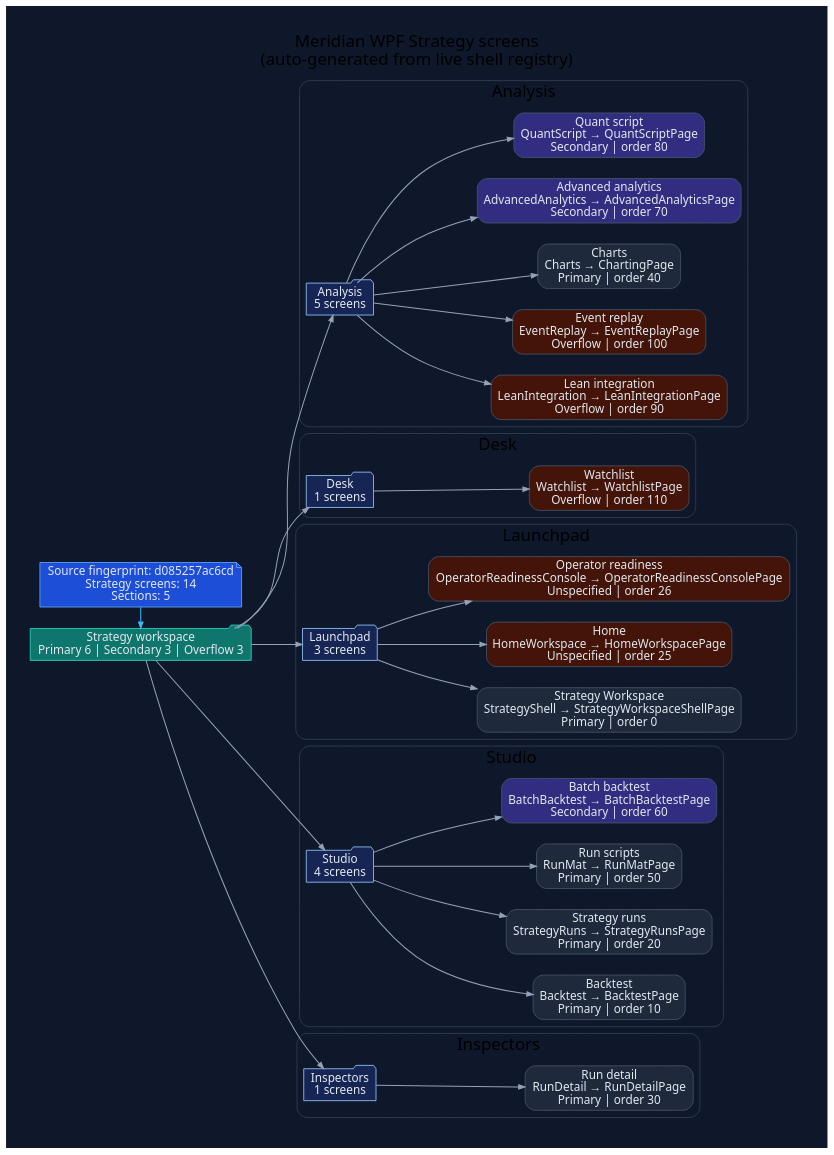
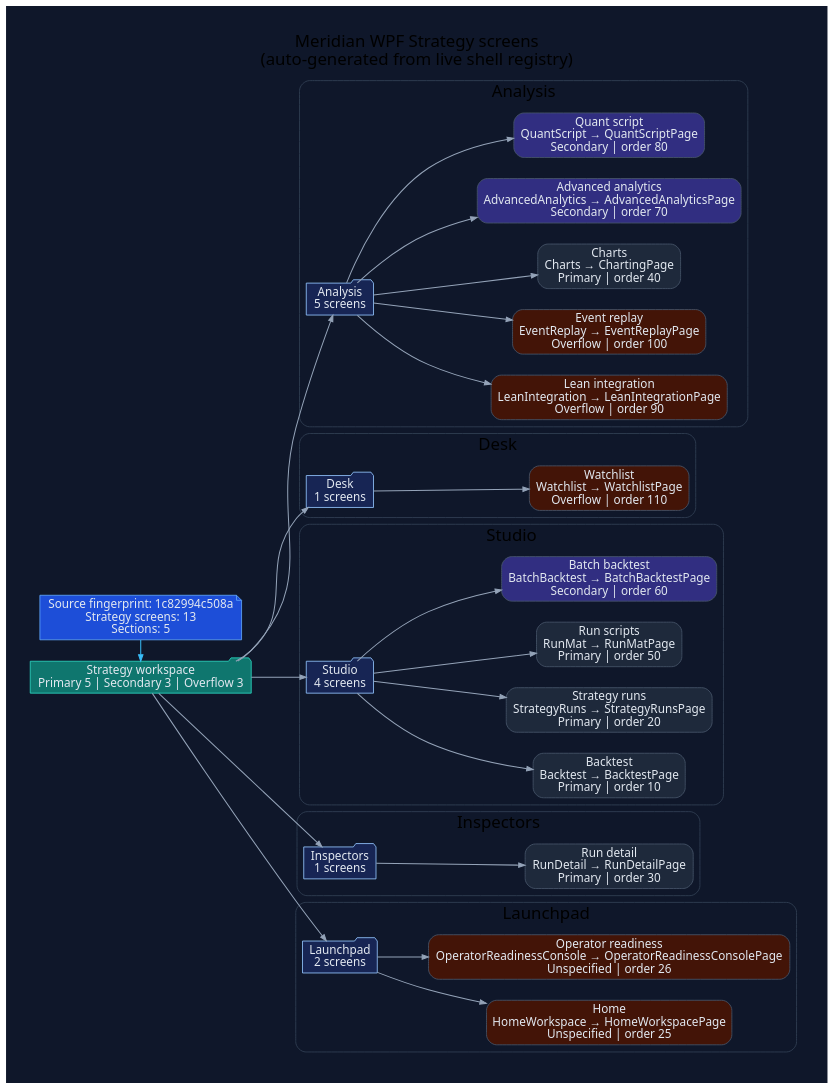
Before and after one commit to rodoHasArrived/Meridian-main: the diagram in docs/diagrams/ui-wpf-screens-strategy.dot, drawn with Graphviz. The commit also changed 50 other files, not shown here.

```diff
--- a/docs/diagrams/ui-wpf-screens-strategy.dot
+++ b/docs/diagrams/ui-wpf-screens-strategy.dot
@@ -1,94 +1,92 @@
 // -----------------------------------------------------------------------------
 // <auto-generated>
 // Generated by scripts/generate-diagrams.mjs.
 // Do not edit this file directly; update the WPF source files instead.
 // -----------------------------------------------------------------------------
 digraph WpfStrategyScreens {
   graph [
     rankdir=LR,
     labelloc=t,
     label="Meridian WPF Strategy screens\n(auto-generated from live shell registry)",
     fontname="Segoe UI",
     fontsize=20,
     pad=0.4,
     nodesep=0.35,
     ranksep=0.85,
     bgcolor="#0f172a"
   ];
   node [fontname="Segoe UI", shape=box, style="rounded,filled", color="#475569", fontcolor="#e2e8f0", fillcolor="#1e293b"];
   edge [fontname="Segoe UI", color="#94a3b8", penwidth=1.2, arrowsize=0.75];
 
-  generated [shape=note, fillcolor="#1d4ed8", color="#60a5fa", label="Source fingerprint: d085257ac6cd\nStrategy screens: 14\nSections: 5"];
-  workspace [shape=folder, fillcolor="#0f766e", color="#2dd4bf", label="Strategy workspace\nPrimary 6 | Secondary 3 | Overflow 3"];
+  generated [shape=note, fillcolor="#1d4ed8", color="#60a5fa", label="Source fingerprint: 1c82994c508a\nStrategy screens: 13\nSections: 5"];
+  workspace [shape=folder, fillcolor="#0f766e", color="#2dd4bf", label="Strategy workspace\nPrimary 5 | Secondary 3 | Overflow 3"];
   generated -> workspace [color="#38bdf8"];
 
   subgraph cluster_section_1 {
     label="Analysis";
     color="#334155";
     style="rounded";
     section_1 [shape=folder, fillcolor="#172554", color="#93c5fd", label="Analysis\n5 screens"];
     workspace -> section_1;
     screen_LeanIntegration [fillcolor="#431407", label="Lean integration\nLeanIntegration → LeanIntegrationPage\nOverflow | order 90"];
     section_1 -> screen_LeanIntegration;
     screen_EventReplay [fillcolor="#431407", label="Event replay\nEventReplay → EventReplayPage\nOverflow | order 100"];
     section_1 -> screen_EventReplay;
     screen_Charts [fillcolor="#1e293b", label="Charts\nCharts → ChartingPage\nPrimary | order 40"];
     section_1 -> screen_Charts;
     screen_AdvancedAnalytics [fillcolor="#312e81", label="Advanced analytics\nAdvancedAnalytics → AdvancedAnalyticsPage\nSecondary | order 70"];
     section_1 -> screen_AdvancedAnalytics;
     screen_QuantScript [fillcolor="#312e81", label="Quant script\nQuantScript → QuantScriptPage\nSecondary | order 80"];
     section_1 -> screen_QuantScript;
   }
 
   subgraph cluster_section_2 {
     label="Desk";
     color="#334155";
     style="rounded";
     section_2 [shape=folder, fillcolor="#172554", color="#93c5fd", label="Desk\n1 screens"];
     workspace -> section_2;
     screen_Watchlist [fillcolor="#431407", label="Watchlist\nWatchlist → WatchlistPage\nOverflow | order 110"];
     section_2 -> screen_Watchlist;
   }
 
   subgraph cluster_section_3 {
+    label="Studio";
+    color="#334155";
+    style="rounded";
+    section_3 [shape=folder, fillcolor="#172554", color="#93c5fd", label="Studio\n4 screens"];
+    workspace -> section_3;
+    screen_Backtest [fillcolor="#1e293b", label="Backtest\nBacktest → BacktestPage\nPrimary | order 10"];
+    section_3 -> screen_Backtest;
+    screen_StrategyRuns [fillcolor="#1e293b", label="Strategy runs\nStrategyRuns → StrategyRunsPage\nPrimary | order 20"];
+    section_3 -> screen_StrategyRuns;
+    screen_RunMat [fillcolor="#1e293b", label="Run scripts\nRunMat → RunMatPage\nPrimary | order 50"];
+    section_3 -> screen_RunMat;
+    screen_BatchBacktest [fillcolor="#312e81", label="Batch backtest\nBatchBacktest → BatchBacktestPage\nSecondary | order 60"];
+    section_3 -> screen_BatchBacktest;
+  }
+
+  subgraph cluster_section_4 {
+    label="Inspectors";
+    color="#334155";
+    style="rounded";
+    section_4 [shape=folder, fillcolor="#172554", color="#93c5fd", label="Inspectors\n1 screens"];
+    workspace -> section_4;
+    screen_RunDetail [fillcolor="#1e293b", label="Run detail\nRunDetail → RunDetailPage\nPrimary | order 30"];
+    section_4 -> screen_RunDetail;
+  }
+
+  subgraph cluster_section_5 {
     label="Launchpad";
     color="#334155";
     style="rounded";
-    section_3 [shape=folder, fillcolor="#172554", color="#93c5fd", label="Launchpad\n3 screens"];
-    workspace -> section_3;
-    screen_StrategyShell [fillcolor="#1e293b", label="Strategy Workspace\nStrategyShell → StrategyWorkspaceShellPage\nPrimary | order 0"];
-    section_3 -> screen_StrategyShell;
+    section_5 [shape=folder, fillcolor="#172554", color="#93c5fd", label="Launchpad\n2 screens"];
+    workspace -> section_5;
     screen_HomeWorkspace [fillcolor="#431407", label="Home\nHomeWorkspace → HomeWorkspacePage\nUnspecified | order 25"];
-    section_3 -> screen_HomeWorkspace;
+    section_5 -> screen_HomeWorkspace;
     screen_OperatorReadinessConsole [fillcolor="#431407", label="Operator readiness\nOperatorReadinessConsole → OperatorReadinessConsolePage\nUnspecified | order 26"];
-    section_3 -> screen_OperatorReadinessConsole;
-  }
-
-  subgraph cluster_section_4 {
-    label="Studio";
-    color="#334155";
-    style="rounded";
-    section_4 [shape=folder, fillcolor="#172554", color="#93c5fd", label="Studio\n4 screens"];
-    workspace -> section_4;
-    screen_Backtest [fillcolor="#1e293b", label="Backtest\nBacktest → BacktestPage\nPrimary | order 10"];
-    section_4 -> screen_Backtest;
-    screen_StrategyRuns [fillcolor="#1e293b", label="Strategy runs\nStrategyRuns → StrategyRunsPage\nPrimary | order 20"];
-    section_4 -> screen_StrategyRuns;
-    screen_RunMat [fillcolor="#1e293b", label="Run scripts\nRunMat → RunMatPage\nPrimary | order 50"];
-    section_4 -> screen_RunMat;
-    screen_BatchBacktest [fillcolor="#312e81", label="Batch backtest\nBatchBacktest → BatchBacktestPage\nSecondary | order 60"];
-    section_4 -> screen_BatchBacktest;
-  }
-
-  subgraph cluster_section_5 {
-    label="Inspectors";
-    color="#334155";
-    style="rounded";
-    section_5 [shape=folder, fillcolor="#172554", color="#93c5fd", label="Inspectors\n1 screens"];
-    workspace -> section_5;
-    screen_RunDetail [fillcolor="#1e293b", label="Run detail\nRunDetail → RunDetailPage\nPrimary | order 30"];
-    section_5 -> screen_RunDetail;
+    section_5 -> screen_OperatorReadinessConsole;
   }
 
   { rank=min; generated; workspace; }
 }
```
